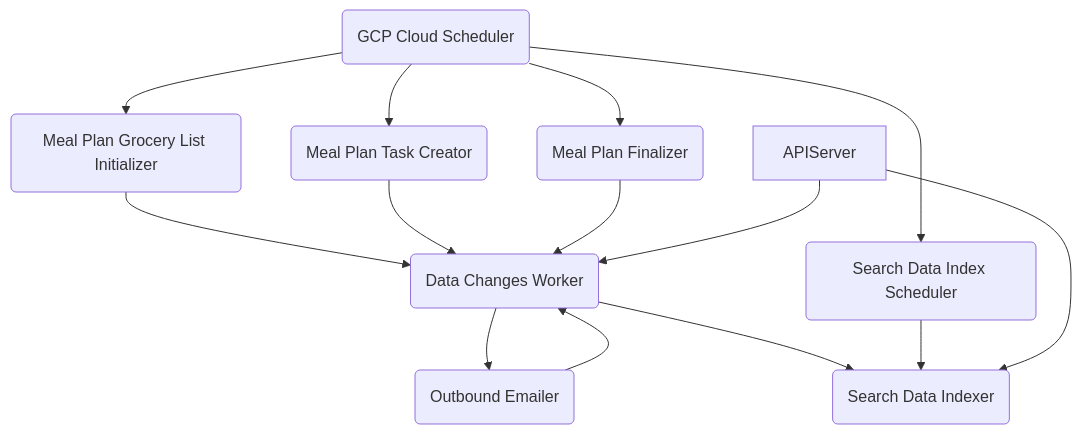
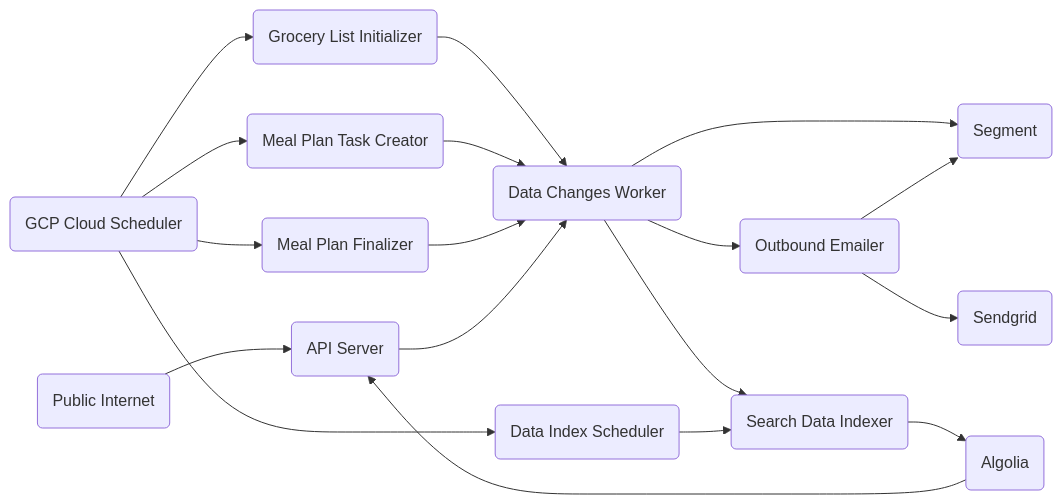
The diagram in README.md (dinnerdonebetter/dinnerdonebetter), drawn with Mermaid before and after one commit. The commit also changed other lines of this file and 27 other files, not shown here.

````diff
--- a/README.md
+++ b/README.md
@@ -26,25 +26,33 @@
 ```mermaid
-flowchart TD
-    APIServer
-    Cron(GCP Cloud Scheduler)
-    DataChangesWorker(Data Changes Worker)
-    MealPlanFinalizerWorker(Meal Plan Finalizer)
-    MealPlanGroceryListInitializerWorker(Meal Plan Grocery List Initializer)
-    MealPlanTaskCreatorWorker(Meal Plan Task Creator)
-    OutboundEmailerWorker(Outbound Emailer)
-    SearchDataIndexSchedulerWorker(Search Data Index Scheduler)
-    SearchDataIndexerWorker(Search Data Indexer)
+flowchart LR
+    APIServer("`API Server`")
+    PublicInternet("`Public Internet`")
+    Sendgrid("`Sendgrid`")
+    Segment("`Segment`")
+    Algolia("`Algolia`")
+    Cron("`GCP Cloud Scheduler`")
+    DataChangesWorker("`Data Changes Worker`")
+    MealPlanFinalizerWorker("`Meal Plan Finalizer`")
+    MealPlanGroceryListInitializerWorker("`Grocery List Initializer`")
+    MealPlanTaskCreatorWorker("`Meal Plan Task Creator`")
+    OutboundEmailerWorker("`Outbound Emailer`")
+    SearchDataIndexSchedulerWorker("`Data Index Scheduler`")
+    SearchDataIndexerWorker("`Search Data Indexer`")
+    PublicInternet-->APIServer
     Cron-->MealPlanGroceryListInitializerWorker
     Cron-->SearchDataIndexSchedulerWorker
     Cron-->MealPlanTaskCreatorWorker
     Cron-->MealPlanFinalizerWorker
     DataChangesWorker-->OutboundEmailerWorker
     DataChangesWorker-->SearchDataIndexerWorker
-    OutboundEmailerWorker-->DataChangesWorker
     MealPlanGroceryListInitializerWorker-->DataChangesWorker
     MealPlanTaskCreatorWorker-->DataChangesWorker
     MealPlanFinalizerWorker-->DataChangesWorker
     SearchDataIndexSchedulerWorker-->SearchDataIndexerWorker
+    SearchDataIndexerWorker-->Algolia
     APIServer-->DataChangesWorker
-    APIServer-->SearchDataIndexerWorker
+    DataChangesWorker-->Segment
+    OutboundEmailerWorker-->Segment
+    OutboundEmailerWorker-->Sendgrid
+    Algolia-->APIServer
 ```
````
